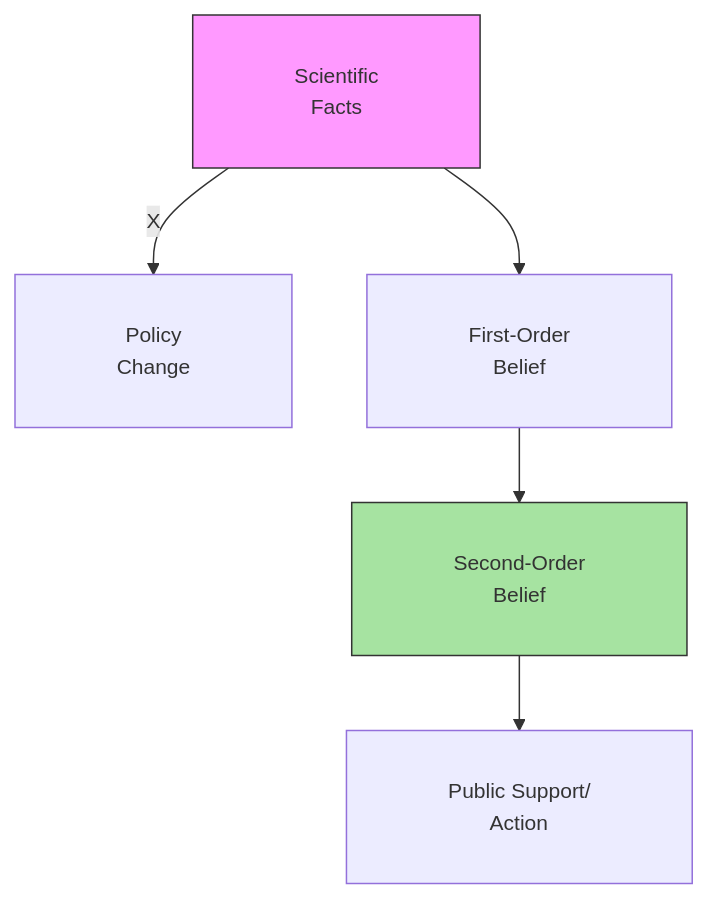
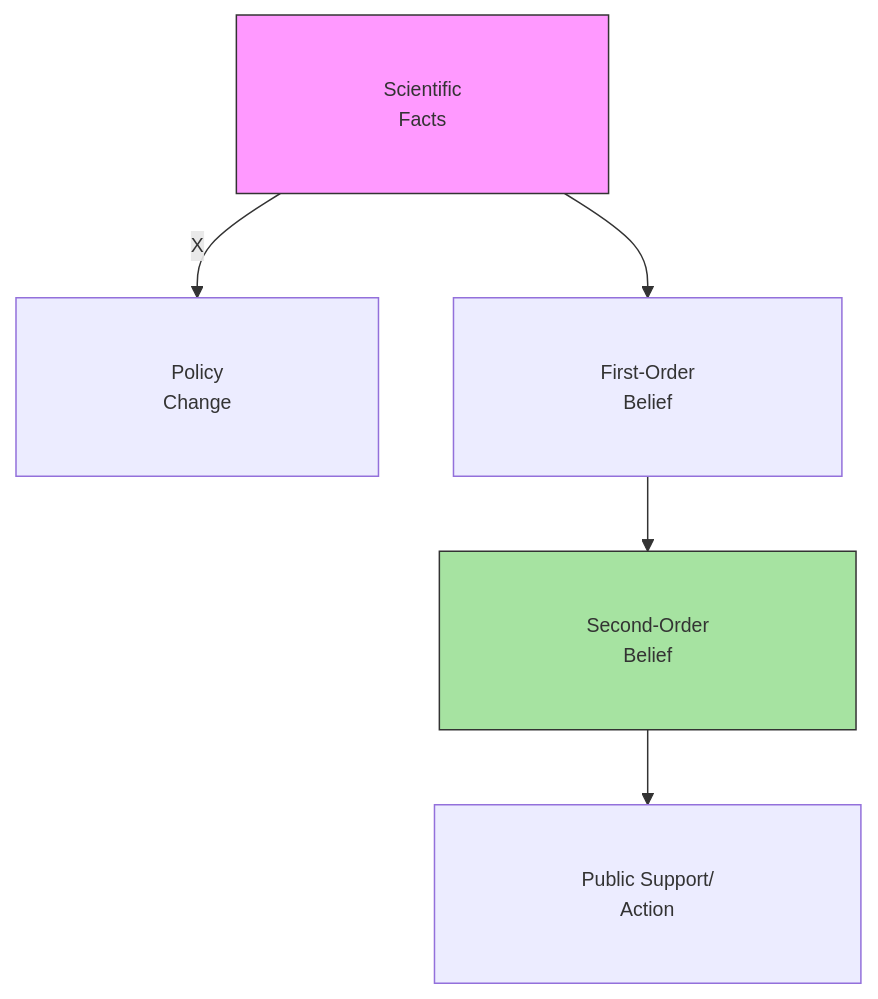
The second of 7 diagrams in Communication_Influence/Mastery_Guide_SOW_BS033.md (GM024/CourseSummaries), drawn with Mermaid before and after one commit. The commit also changed other lines of this file, not shown here.

Commit message:
Standardize all diagrams with 13px font, 40px padding, and Quad-Invisible-Padding

````diff
--- a/Communication_Influence/Mastery_Guide_SOW_BS033.md
+++ b/Communication_Influence/Mastery_Guide_SOW_BS033.md
@@ -61,10 +61,10 @@
 ```mermaid
-%%{init: {'flowchart': {'padding': 30}, 'themeVariables': { 'fontSize': '14px' }}}%%
+%%{init: {'flowchart': {'padding': 40}, 'themeVariables': { 'fontSize': '13px' }}}%%
 graph TD
-    Knowledge["&nbsp; Scientific &nbsp;<br/>&nbsp; Facts &nbsp;"] -- X --> Action["&nbsp; Policy &nbsp;<br/>&nbsp; Change &nbsp;"]
-    Knowledge --> IndividualBelief["&nbsp; First-Order &nbsp;<br/>&nbsp; Belief &nbsp;"]
-    IndividualBelief --> SocialPerception["&nbsp; Second-Order &nbsp;<br/>&nbsp; Belief &nbsp;"]
-    SocialPerception --> CollectiveAction["&nbsp; Public Support/ &nbsp;<br/>&nbsp; Action &nbsp;"]
+    Knowledge["&nbsp;&nbsp;&nbsp;&nbsp; Scientific &nbsp;&nbsp;&nbsp;&nbsp;<br/>&nbsp;&nbsp;&nbsp;&nbsp; Facts &nbsp;&nbsp;&nbsp;&nbsp;"] -- X --> Action["&nbsp;&nbsp;&nbsp;&nbsp; Policy &nbsp;&nbsp;&nbsp;&nbsp;<br/>&nbsp;&nbsp;&nbsp;&nbsp; Change &nbsp;&nbsp;&nbsp;&nbsp;"]
+    Knowledge --> IndividualBelief["&nbsp;&nbsp;&nbsp;&nbsp; First-Order &nbsp;&nbsp;&nbsp;&nbsp;<br/>&nbsp;&nbsp;&nbsp;&nbsp; Belief &nbsp;&nbsp;&nbsp;&nbsp;"]
+    IndividualBelief --> SocialPerception["&nbsp;&nbsp;&nbsp;&nbsp; Second-Order &nbsp;&nbsp;&nbsp;&nbsp;<br/>&nbsp;&nbsp;&nbsp;&nbsp; Belief &nbsp;&nbsp;&nbsp;&nbsp;"]
+    SocialPerception --> CollectiveAction["&nbsp;&nbsp;&nbsp;&nbsp; Public Support/ &nbsp;&nbsp;&nbsp;&nbsp;<br/>&nbsp;&nbsp;&nbsp;&nbsp; Action &nbsp;&nbsp;&nbsp;&nbsp;"]
     style Knowledge fill:#f9f,stroke:#333
     style SocialPerception fill:#a6e3a1,stroke:#333
 ```
````
